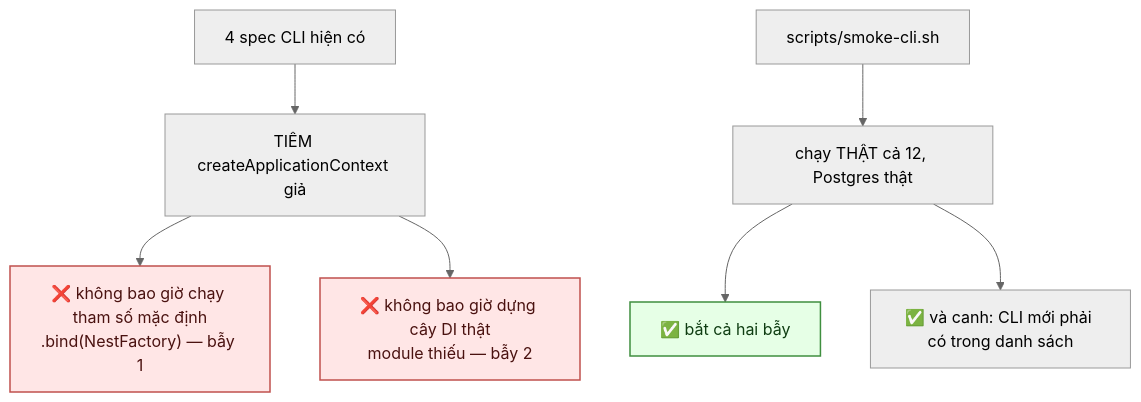
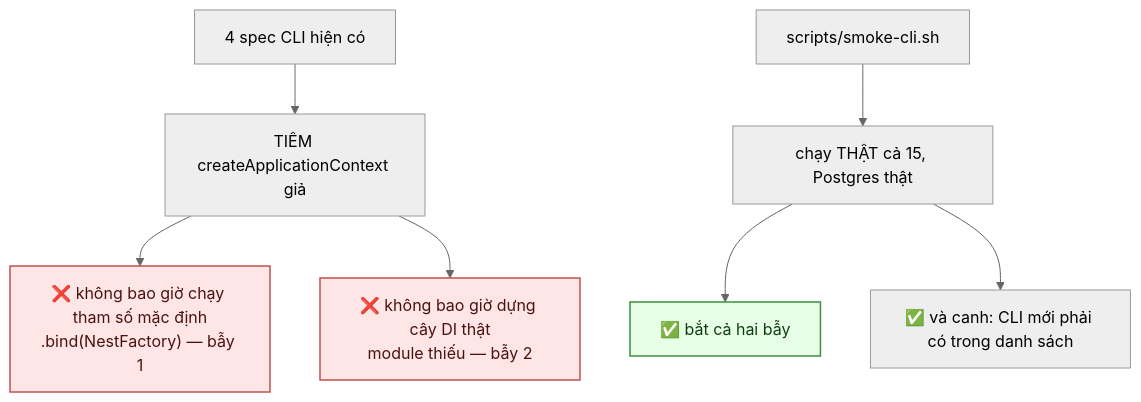
One commit to fdshn/trueheart changed the fifth of 8 diagrams in docs/diagram/17-jobs.md. Above: the diagram before and after it, drawn with Mermaid (neutral theme). The commit also changed other lines of this file and 49 other files, not shown here.

````diff
--- a/docs/diagram/17-jobs.md
+++ b/docs/diagram/17-jobs.md
@@ -166,14 +165,14 @@
 ```mermaid
 flowchart TD
     A["4 spec CLI hiện có"] --> B["TIÊM createApplicationContext giả"]
     B --> C["❌ không bao giờ chạy tham số mặc định<br/>.bind(NestFactory) — bẫy 1"]
     B --> D["❌ không bao giờ dựng cây DI thật<br/>module thiếu — bẫy 2"]
 
-    E["scripts/smoke-cli.sh"] --> F["chạy THẬT cả 12, Postgres thật"]
+    E["scripts/smoke-cli.sh"] --> F["chạy THẬT cả 15, Postgres thật"]
     F --> G["✅ bắt cả hai bẫy"]
     F --> H["✅ và canh: CLI mới phải có trong danh sách"]
 
     style C fill:#ffe6e6,stroke:#c0504d,stroke-width:1.5px,color:#4a1210
     style D fill:#ffe6e6,stroke:#c0504d,stroke-width:1.5px,color:#4a1210
     style G fill:#e6ffe6,stroke:#3f8f3f,stroke-width:1.5px,color:#0f3d12
 ```
````
